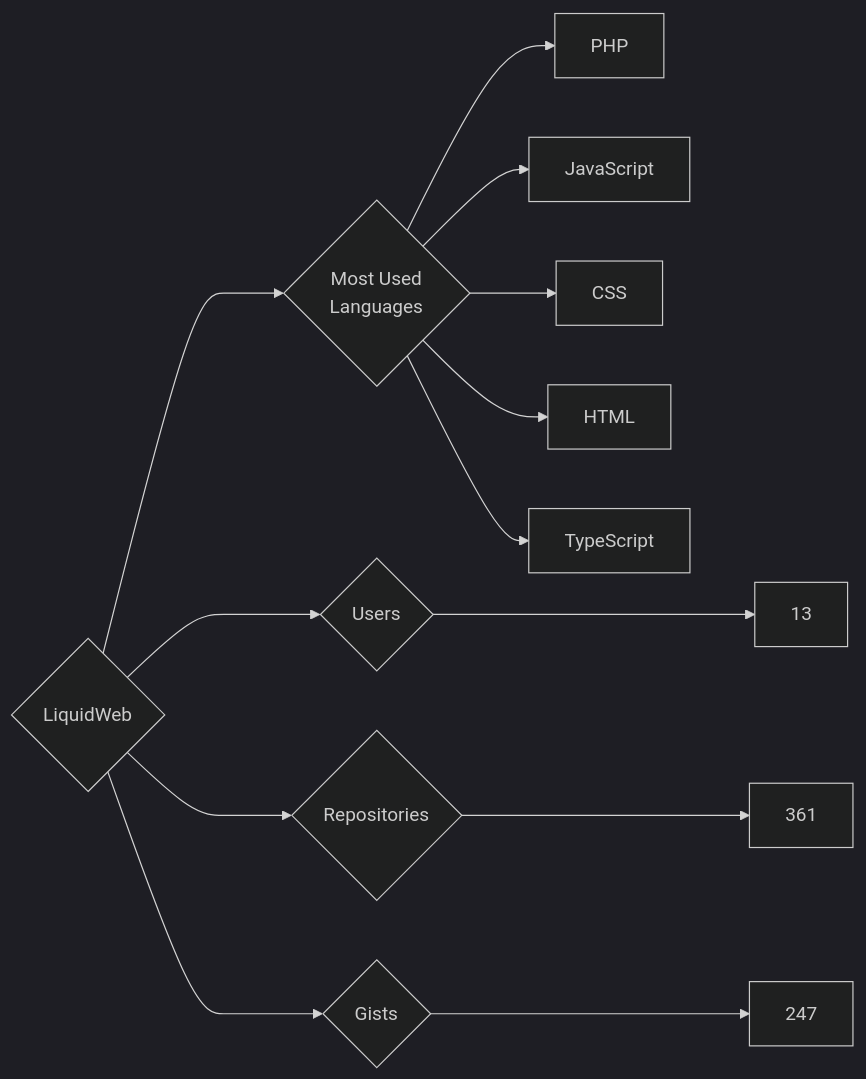
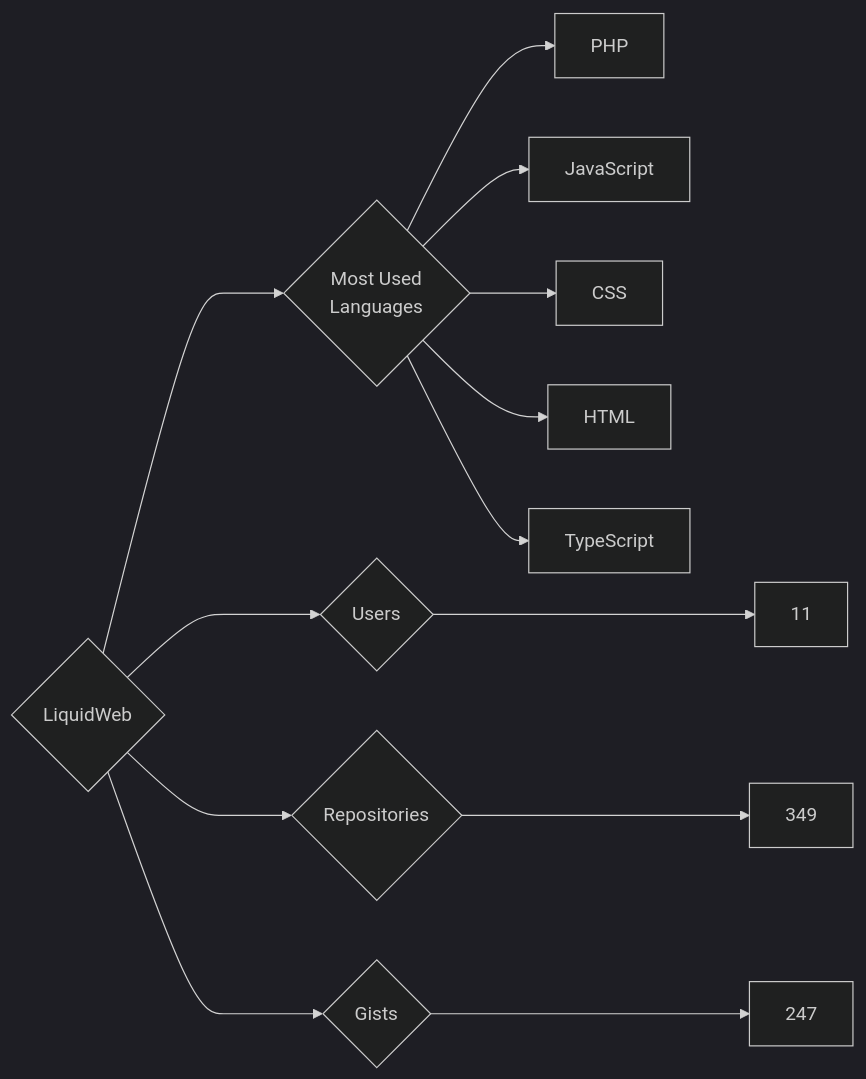
The diagram in targets/LiquidWeb/README.md (trickest/insiders), drawn with Mermaid (dark theme) before and after one commit. The commit also changed 935 other files, not shown here.

````diff
--- a/targets/LiquidWeb/README.md
+++ b/targets/LiquidWeb/README.md
@@ -3,13 +3,13 @@
 ```mermaid
 graph LR
 COMPANY_NAME{LiquidWeb}
-COMPANY_NAME ---> U{Users} ---> UN[13]
-COMPANY_NAME ---> R{Repositories} ---> RN[361]
+COMPANY_NAME ---> U{Users} ---> UN[11]
+COMPANY_NAME ---> R{Repositories} ---> RN[349]
 COMPANY_NAME ---> G{Gists} ---> GN[247]
 COMPANY_NAME ---> ML{Most Used<br>Languages}
 ML --> PHP[PHP]
 ML --> JavaScript[JavaScript]
 ML --> CSS[CSS]
 ML --> HTML[HTML]
 ML --> TypeScript[TypeScript]
 ```
````
